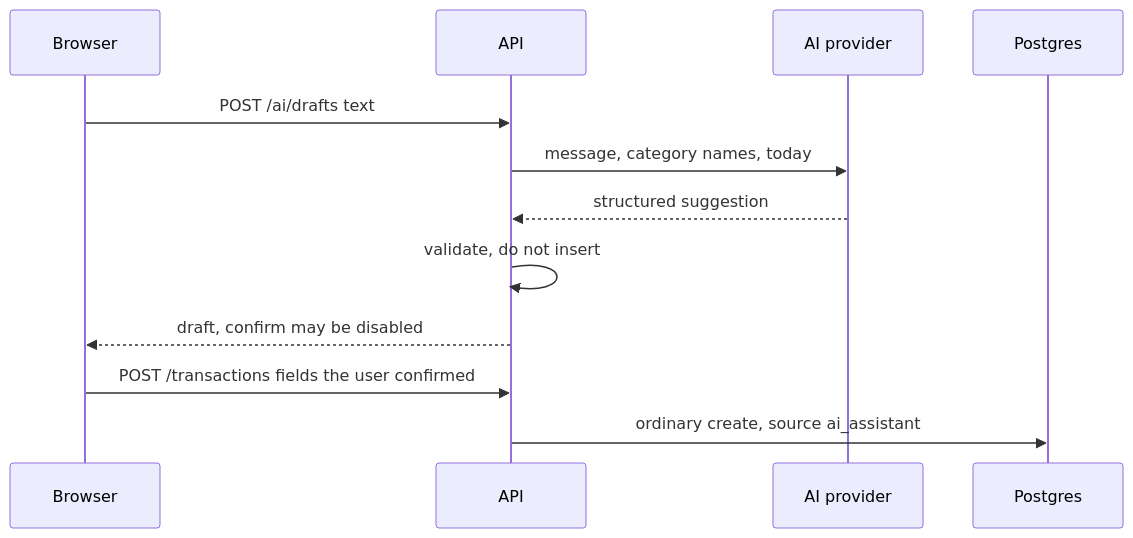
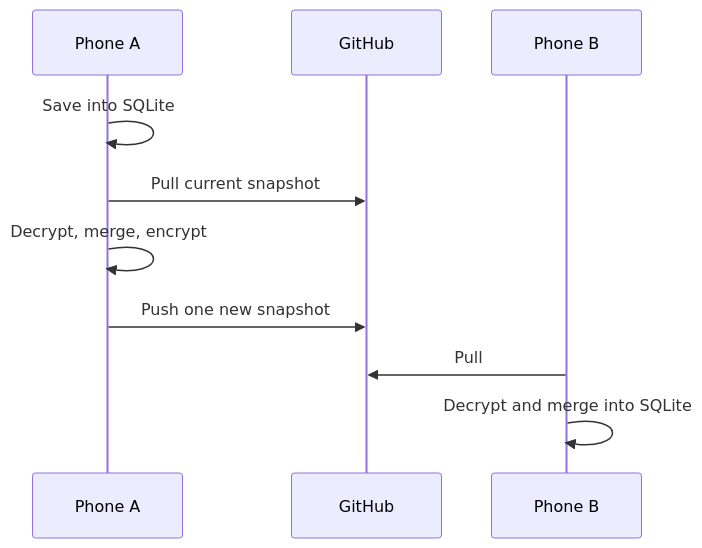
One commit to sriharsha-askata/expense-tracker changed the second of 2 diagrams in docs/architecture/HLD.md. Above: the diagram before and after it, drawn with Mermaid. The commit also changed other lines of this file and 34 other files, not shown here.

First line of the commit message:
Revise the architecture for a local-first Android app.

````diff
--- a/docs/architecture/HLD.md
+++ b/docs/architecture/HLD.md
@@ -129,14 +53,12 @@
 ```mermaid
 sequenceDiagram
-  participant B as Browser
-  participant A as API
-  participant G as AI provider
-  participant D as Postgres
-  B->>A: POST /ai/drafts text
-  A->>G: message, category names, today
-  G-->>A: structured suggestion
-  A->>A: validate, do not insert
-  A-->>B: draft, confirm may be disabled
-  B->>A: POST /transactions fields the user confirmed
-  A->>D: ordinary create, source ai_assistant
+  participant A as Phone A
+  participant G as GitHub
+  participant B as Phone B
+  A->>A: Save into SQLite
+  A->>G: Pull current snapshot
+  A->>A: Decrypt, merge, encrypt
+  A->>G: Push one new snapshot
+  B->>G: Pull
+  B->>B: Decrypt and merge into SQLite
 ```
````
